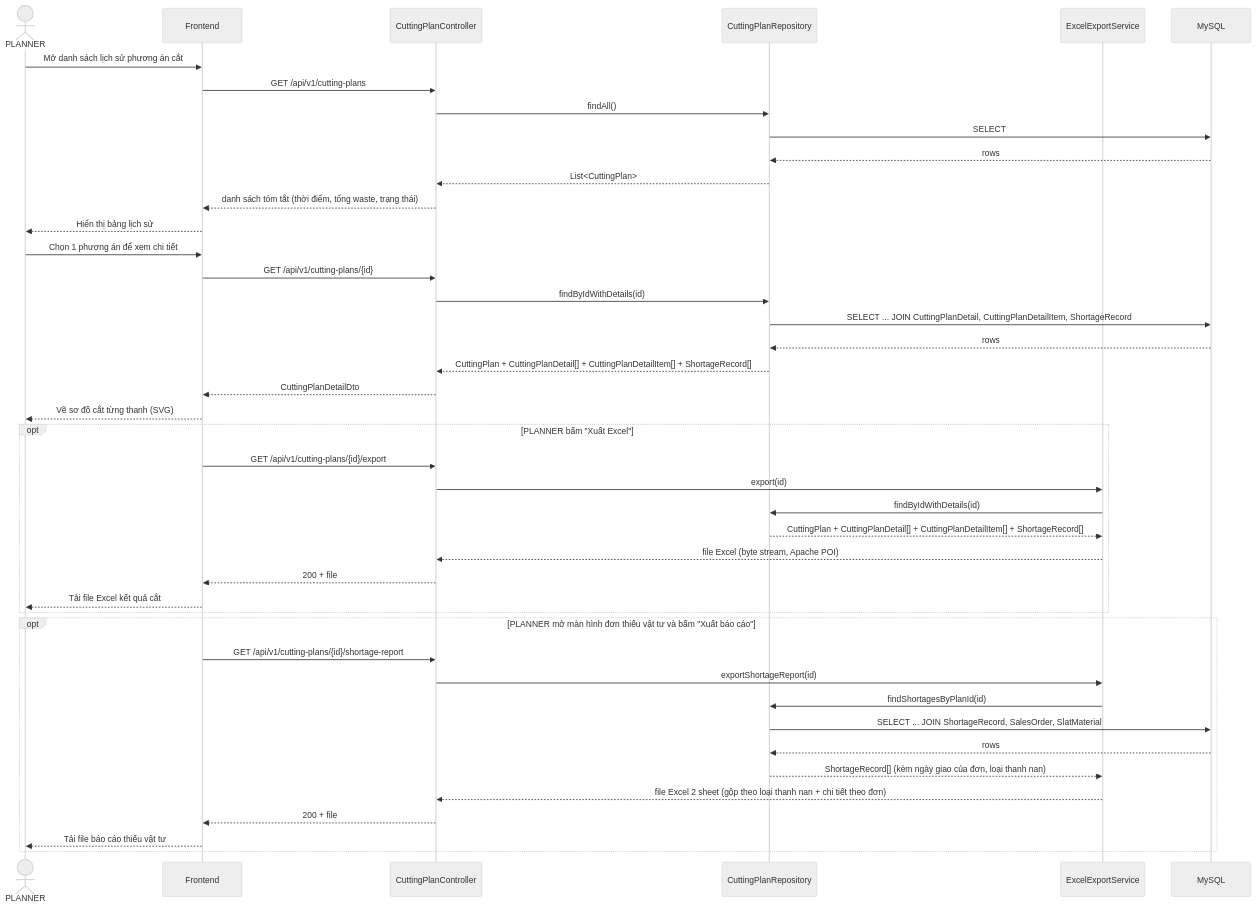
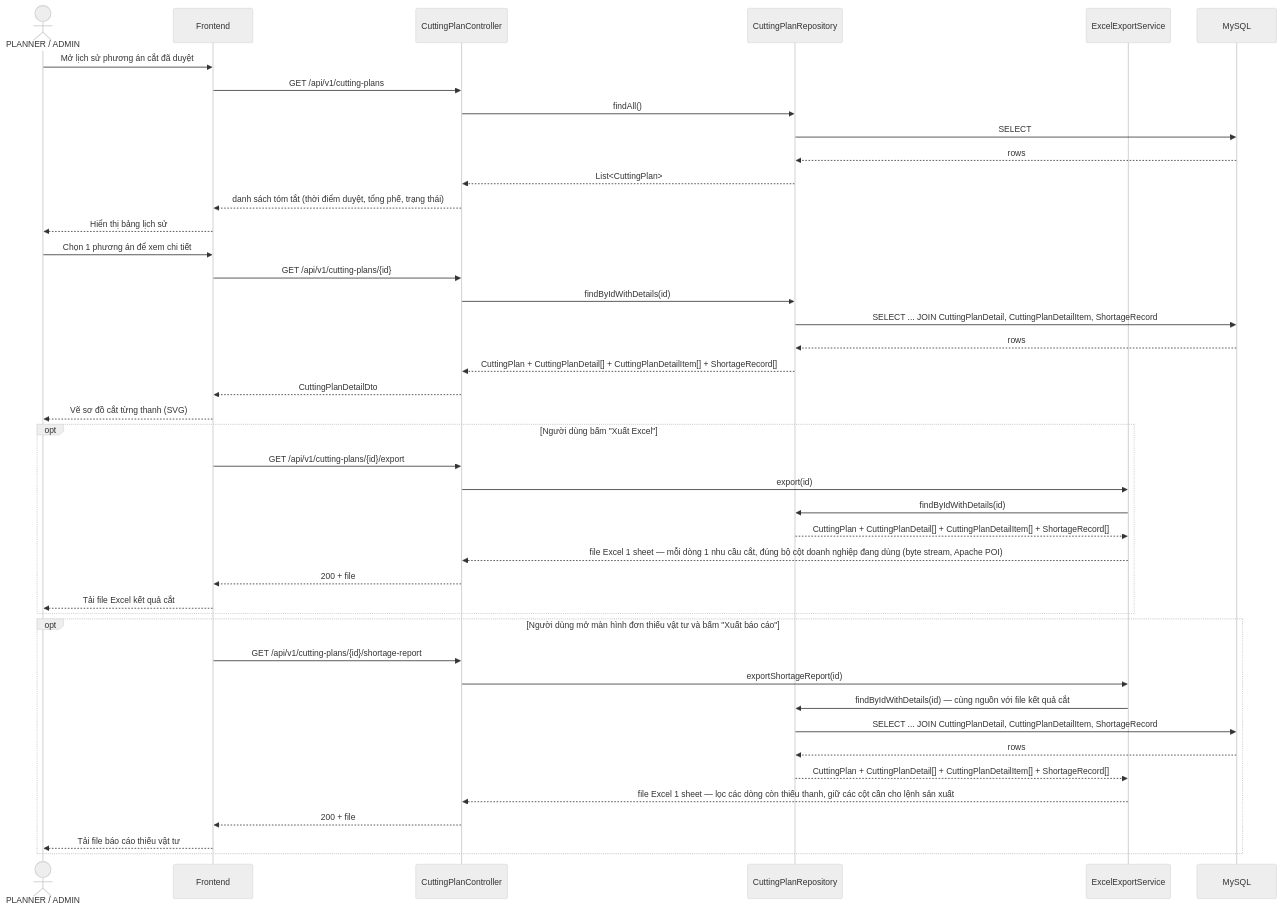
Before and after one commit to huydeptraii123/GraduationThesis: the fourth of 4 diagrams in docs/sequence-diagrams.md, drawn with Mermaid (neutral theme). The commit also changed other lines of this file and 5 other files, not shown here.

First line of the commit message:
docs: tách sơ đồ luồng tính/duyệt phương án cắt và bổ sung đặc tả báo cáo

````diff
--- a/docs/sequence-diagrams.md
+++ b/docs/sequence-diagrams.md
@@ -145,49 +223,49 @@
 ```mermaid
 sequenceDiagram
-    actor U as PLANNER
+    actor U as PLANNER / ADMIN
     participant FE as Frontend
     participant C as CuttingPlanController
     participant REPO as CuttingPlanRepository
     participant EXP as ExcelExportService
     participant DB as MySQL
 
-    U->>FE: Mở danh sách lịch sử phương án cắt
+    U->>FE: Mở lịch sử phương án cắt đã duyệt
     FE->>C: GET /api/v1/cutting-plans
     C->>REPO: findAll()
     REPO->>DB: SELECT
     DB-->>REPO: rows
     REPO-->>C: List<CuttingPlan>
-    C-->>FE: danh sách tóm tắt (thời điểm, tổng waste, trạng thái)
+    C-->>FE: danh sách tóm tắt (thời điểm duyệt, tổng phế, trạng thái)
     FE-->>U: Hiển thị bảng lịch sử
 
     U->>FE: Chọn 1 phương án để xem chi tiết
     FE->>C: GET /api/v1/cutting-plans/{id}
     C->>REPO: findByIdWithDetails(id)
     REPO->>DB: SELECT ... JOIN CuttingPlanDetail, CuttingPlanDetailItem, ShortageRecord
     DB-->>REPO: rows
     REPO-->>C: CuttingPlan + CuttingPlanDetail[] + CuttingPlanDetailItem[] + ShortageRecord[]
     C-->>FE: CuttingPlanDetailDto
     FE-->>U: Vẽ sơ đồ cắt từng thanh (SVG)
 
-    opt PLANNER bấm "Xuất Excel"
+    opt Người dùng bấm "Xuất Excel"
         FE->>C: GET /api/v1/cutting-plans/{id}/export
         C->>EXP: export(id)
         EXP->>REPO: findByIdWithDetails(id)
         REPO-->>EXP: CuttingPlan + CuttingPlanDetail[] + CuttingPlanDetailItem[] + ShortageRecord[]
-        EXP-->>C: file Excel (byte stream, Apache POI)
+        EXP-->>C: file Excel 1 sheet — mỗi dòng 1 nhu cầu cắt, đúng bộ cột doanh nghiệp đang dùng (byte stream, Apache POI)
         C-->>FE: 200 + file
         FE-->>U: Tải file Excel kết quả cắt
     end
 
-    opt PLANNER mở màn hình đơn thiếu vật tư và bấm "Xuất báo cáo"
+    opt Người dùng mở màn hình đơn thiếu vật tư và bấm "Xuất báo cáo"
         FE->>C: GET /api/v1/cutting-plans/{id}/shortage-report
         C->>EXP: exportShortageReport(id)
-        EXP->>REPO: findShortagesByPlanId(id)
-        REPO->>DB: SELECT ... JOIN ShortageRecord, SalesOrder, SlatMaterial
+        EXP->>REPO: findByIdWithDetails(id) — cùng nguồn với file kết quả cắt
+        REPO->>DB: SELECT ... JOIN CuttingPlanDetail, CuttingPlanDetailItem, ShortageRecord
         DB-->>REPO: rows
-        REPO-->>EXP: ShortageRecord[] (kèm ngày giao của đơn, loại thanh nan)
-        EXP-->>C: file Excel 2 sheet (gộp theo loại thanh nan + chi tiết theo đơn)
+        REPO-->>EXP: CuttingPlan + CuttingPlanDetail[] + CuttingPlanDetailItem[] + ShortageRecord[]
+        EXP-->>C: file Excel 1 sheet — lọc các dòng còn thiếu thanh, giữ các cột cần cho lệnh sản xuất
         C-->>FE: 200 + file
         FE-->>U: Tải file báo cáo thiếu vật tư
     end
 ```
````
